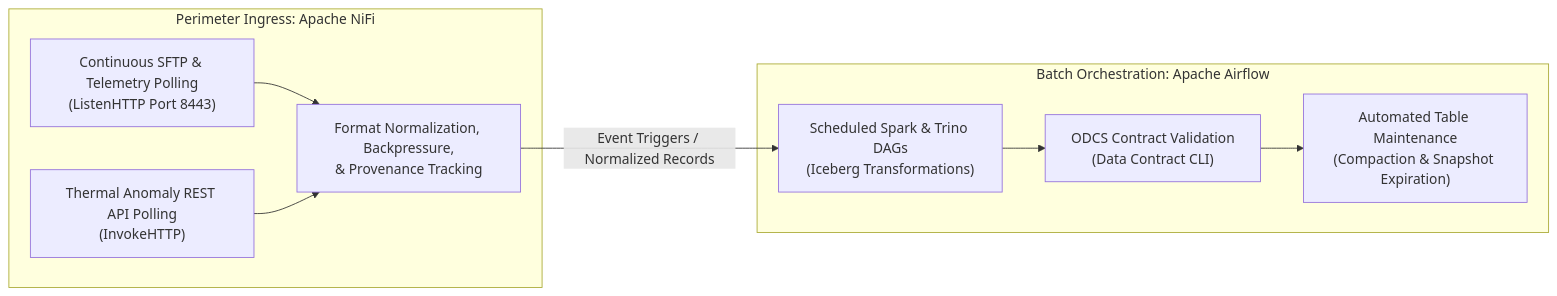
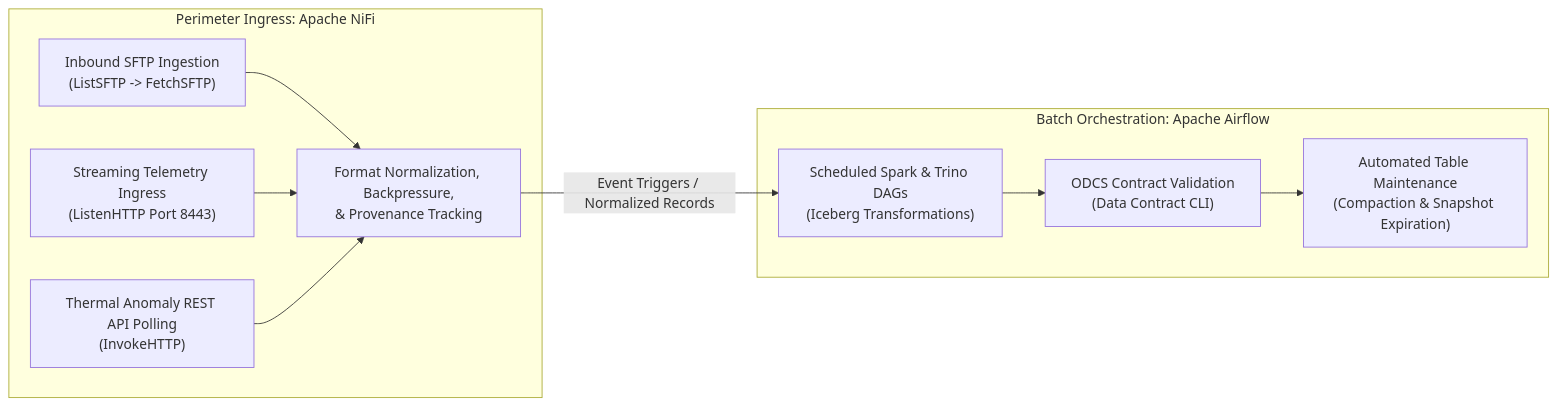
Before and after one commit to linuxmalaysia/bda-ai-infra: the diagram in docs/how-to-guides/ingestion-pipeline-modernization.md, drawn with Mermaid. The commit also changed other lines of this file and 16 other files, not shown here.

First line of the commit message:
fix: add connector callout pills and refine MCP transport and SFTP ingestion

````diff
--- a/docs/how-to-guides/ingestion-pipeline-modernization.md
+++ b/docs/how-to-guides/ingestion-pipeline-modernization.md
@@ -94,20 +96,22 @@
 ```mermaid
 flowchart LR
     subgraph PerimeterIngress ["Perimeter Ingress: Apache NiFi"]
-        SFTP["Continuous SFTP &amp; Telemetry Polling<br/>(ListenHTTP Port 8443)"]
+        SFTP["Inbound SFTP Ingestion<br/>(ListSFTP -> FetchSFTP)"]
+        ListenHTTP["Streaming Telemetry Ingress<br/>(ListenHTTP Port 8443)"]
         ThermalAPI["Thermal Anomaly REST API Polling<br/>(InvokeHTTP)"]
         NiFiCore["Format Normalization, Backpressure,<br/>&amp; Provenance Tracking"]
     end
 
     subgraph BatchOrchestration ["Batch Orchestration: Apache Airflow"]
         SparkTrino["Scheduled Spark &amp; Trino DAGs<br/>(Iceberg Transformations)"]
         ODCSGate["ODCS Contract Validation<br/>(Data Contract CLI)"]
         IcebergMaint["Automated Table Maintenance<br/>(Compaction &amp; Snapshot Expiration)"]
     end
 
     SFTP --> NiFiCore
+    ListenHTTP --> NiFiCore
     ThermalAPI --> NiFiCore
     NiFiCore -->|"Event Triggers / Normalized Records"| SparkTrino
     SparkTrino --> ODCSGate
     ODCSGate --> IcebergMaint
 ```
````
